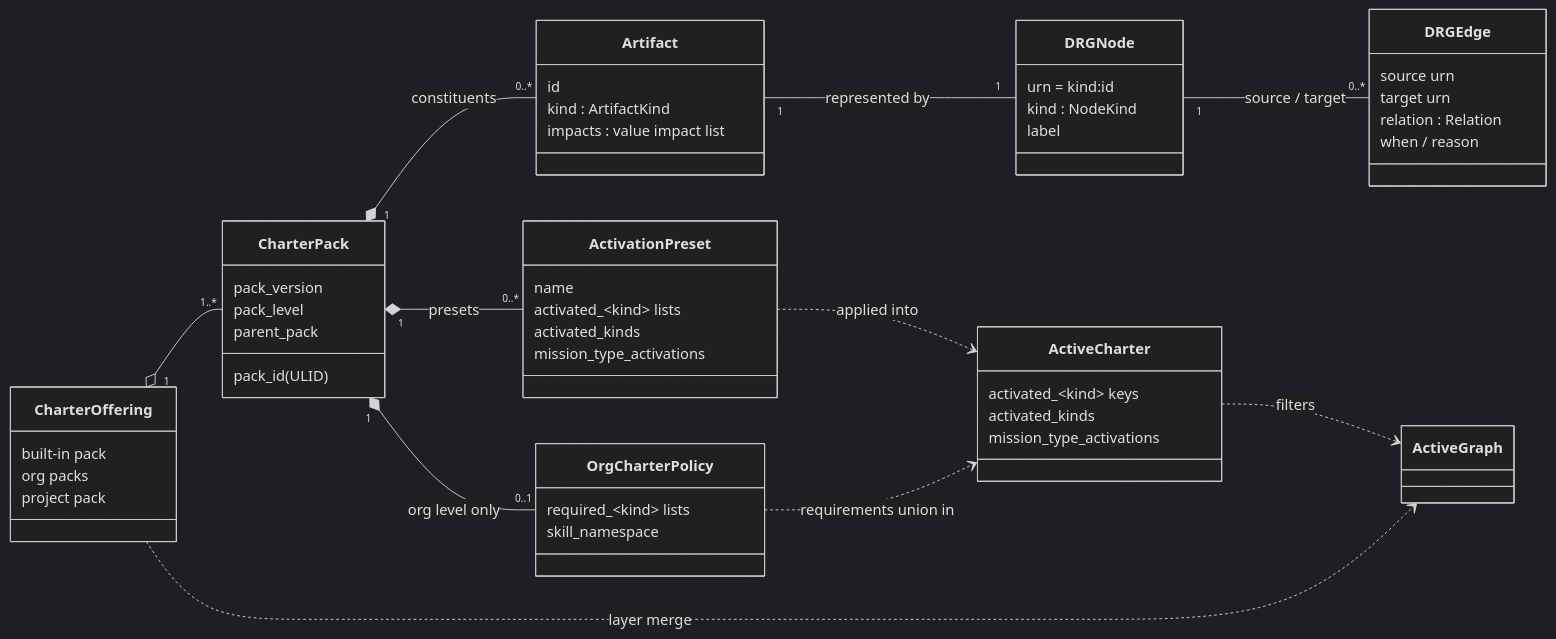
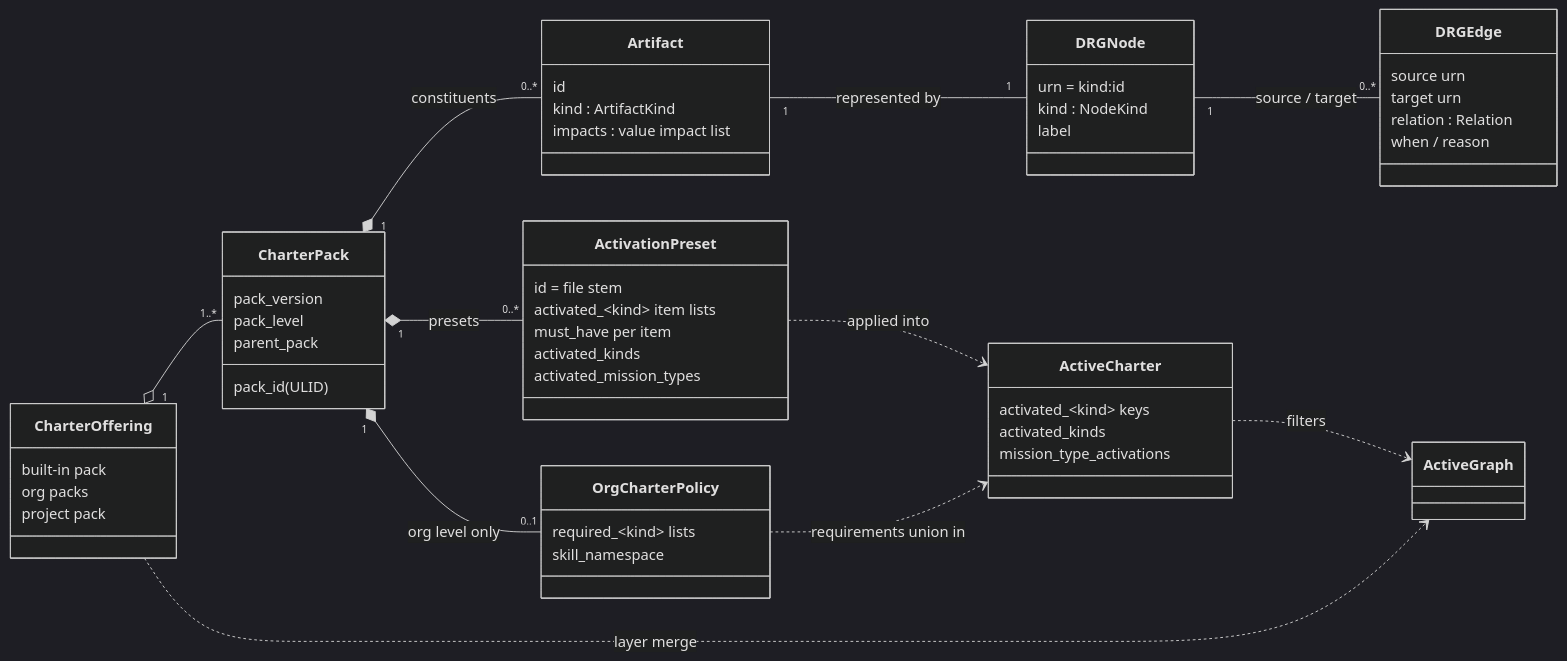
The diagram in docs/architecture/logical-model.md (spec-kitty/spec-kitty-charter), drawn with Mermaid (dark theme) before and after one commit. The commit also changed other lines of this file and 13 other files, not shown here.

````diff
--- a/docs/architecture/logical-model.md
+++ b/docs/architecture/logical-model.md
@@ -51,57 +52,58 @@
 ```mermaid
 classDiagram
   direction LR
   class CharterOffering {
     built-in pack
     org packs
     project pack
   }
   class CharterPack {
     pack_id (ULID)
     pack_version
     pack_level
     parent_pack
   }
   class ActivationPreset {
-    name
-    activated_~kind~ lists
+    id = file stem
+    activated_~kind~ item lists
+    must_have per item
     activated_kinds
-    mission_type_activations
+    activated_mission_types
   }
   class OrgCharterPolicy {
     required_~kind~ lists
     skill_namespace
   }
   class Artifact {
     id
     kind : ArtifactKind
     impacts : value impact list
   }
   class DRGNode {
     urn = kind:id
     kind : NodeKind
     label
   }
   class DRGEdge {
     source urn
     target urn
     relation : Relation
     when / reason
   }
   class ActiveCharter {
     activated_~kind~ keys
     activated_kinds
     mission_type_activations
   }
   class ActiveGraph
   CharterOffering "1" o-- "1..*" CharterPack
   CharterPack "1" *-- "0..*" Artifact : constituents
   CharterPack "1" *-- "0..*" ActivationPreset : presets
   CharterPack "1" *-- "0..1" OrgCharterPolicy : org level only
   Artifact "1" -- "1" DRGNode : represented by
   DRGNode "1" -- "0..*" DRGEdge : source / target
   ActivationPreset ..> ActiveCharter : applied into
   OrgCharterPolicy ..> ActiveCharter : requirements union in
   CharterOffering ..> ActiveGraph : layer merge
   ActiveCharter ..> ActiveGraph : filters
 ```
````
